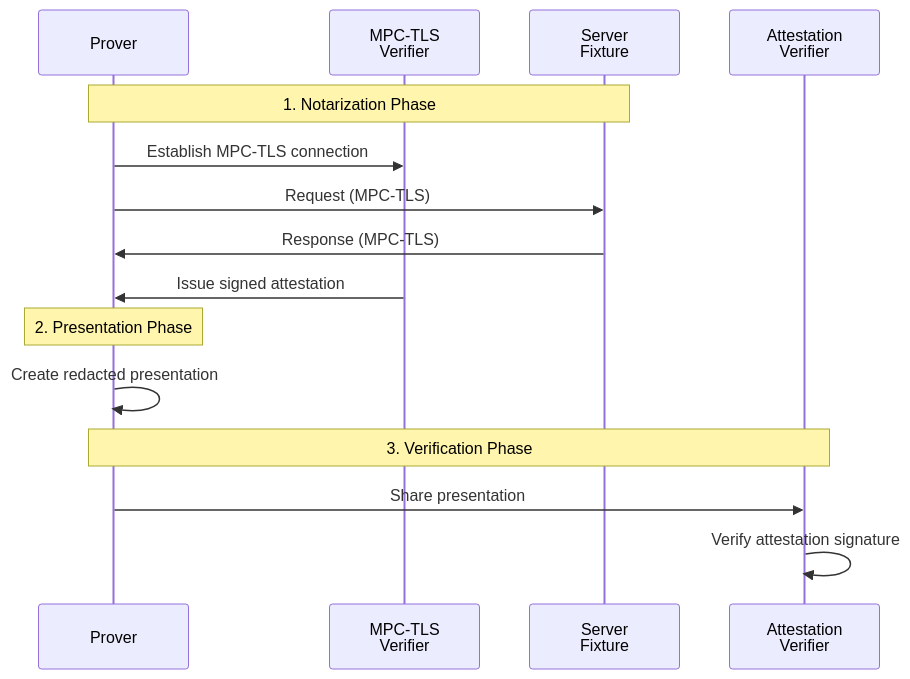
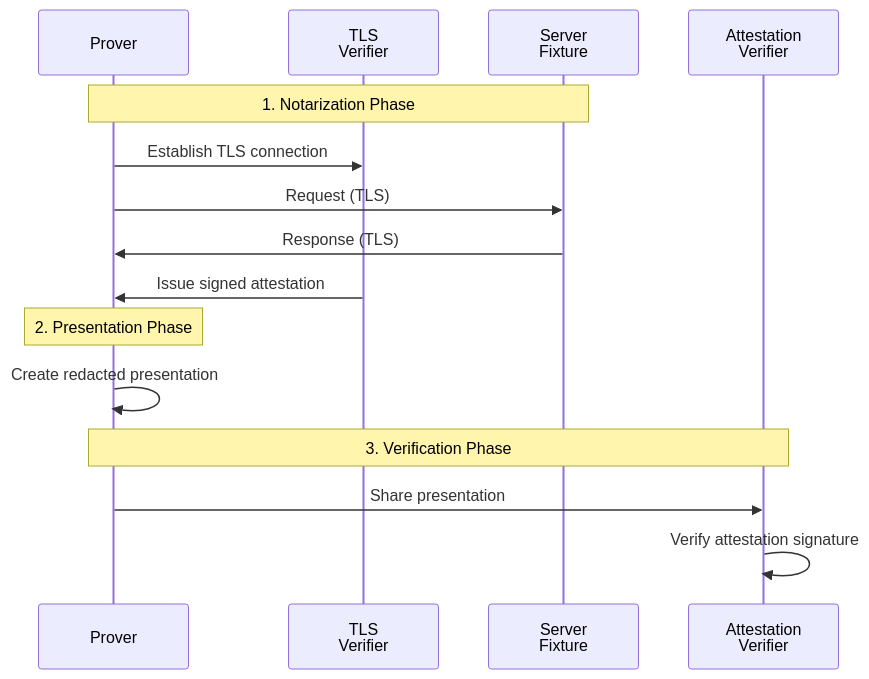
The diagram in crates/examples/attestation/README.md (tlsnotary/tlsn), drawn with Mermaid before and after one commit. The commit also changed other lines of this file and 16 other files, not shown here.

````diff
--- a/crates/examples/attestation/README.md
+++ b/crates/examples/attestation/README.md
@@ -8,20 +7,20 @@
 ```mermaid
 sequenceDiagram
     participant P as Prover
-    participant N as MPC-TLS<br/>Verifier
+    participant N as TLS<br/>Verifier
     participant S as Server<br/>Fixture
     participant V as Attestation<br/>Verifier
 
     Note over P,S: 1. Notarization Phase
-    P->>N: Establish MPC-TLS connection
-    P->>S: Request (MPC-TLS)
-    S->>P: Response (MPC-TLS)
+    P->>N: Establish TLS connection
+    P->>S: Request (TLS)
+    S->>P: Response (TLS)
     N->>P: Issue signed attestation
 
     Note over P: 2. Presentation Phase
     P->>P: Create redacted presentation
 
     Note over P,V: 3. Verification Phase
     P->>V: Share presentation
     V->>V: Verify attestation signature
 ```
````
